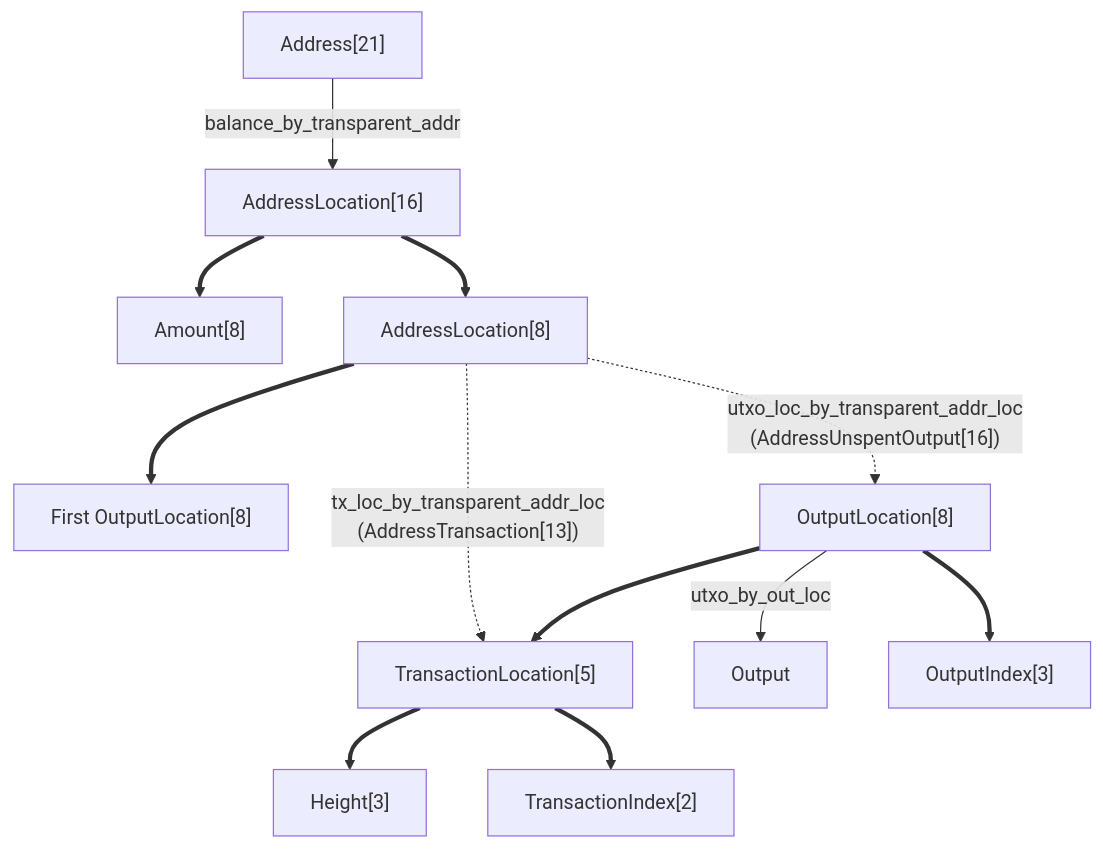
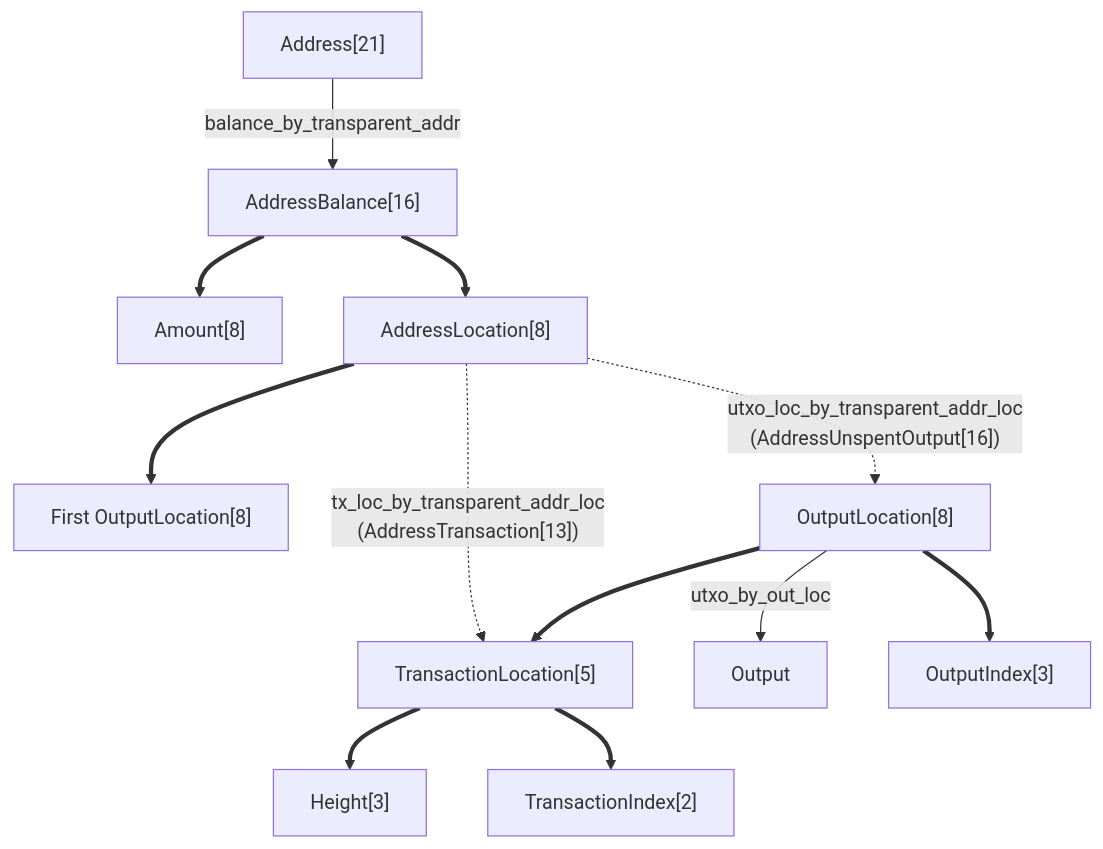
One commit to ZcashFoundation/zebra changed the diagram in book/src/dev/rfcs/0005-state-updates.md. Above: the diagram before and after it, drawn with Mermaid.

Commit message:
fix(doc): fix address index diagram

````diff
--- a/book/src/dev/rfcs/0005-state-updates.md
+++ b/book/src/dev/rfcs/0005-state-updates.md
@@ -677,25 +677,25 @@
 ```mermaid
 graph TD;
     Address -->|"balance_by_transparent_addr<br/>"| AddressBalance;
     AddressBalance ==> Amount;
     AddressBalance ==> AddressLocation;
     AddressLocation ==> FirstOutputLocation;
     AddressLocation -.->|"tx_loc_by_transparent_addr_loc<br/>(AddressTransaction[13])"| TransactionLocation;
     TransactionLocation ==> Height;
     TransactionLocation ==> TransactionIndex;
     OutputLocation -->|utxo_by_out_loc| Output;
     OutputLocation ==> TransactionLocation;
     OutputLocation ==> OutputIndex;
     AddressLocation -.->|"utxo_loc_by_transparent_addr_loc<br/>(AddressUnspentOutput[16])"| OutputLocation;
 
-    AddressBalance["AddressLocation[16]"];
+    AddressBalance["AddressBalance[16]"];
     Amount["Amount[8]"];
     Height["Height[3]"];
     Address["Address[21]"];
     TransactionIndex["TransactionIndex[2]"];
     TransactionLocation["TransactionLocation[5]"];
     OutputIndex["OutputIndex[3]"];
     OutputLocation["OutputLocation[8]"];
     FirstOutputLocation["First OutputLocation[8]"];
     AddressLocation["AddressLocation[8]"];
 ```
````
